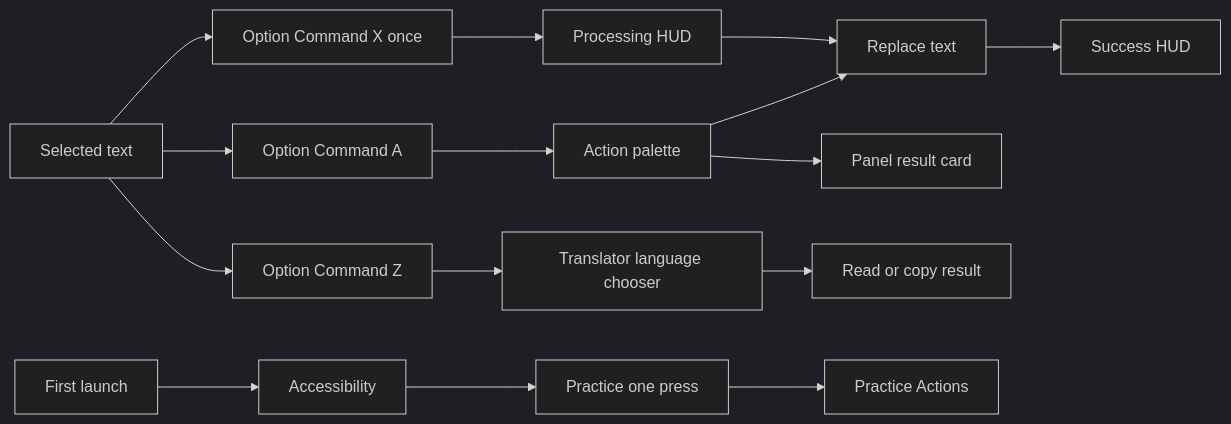
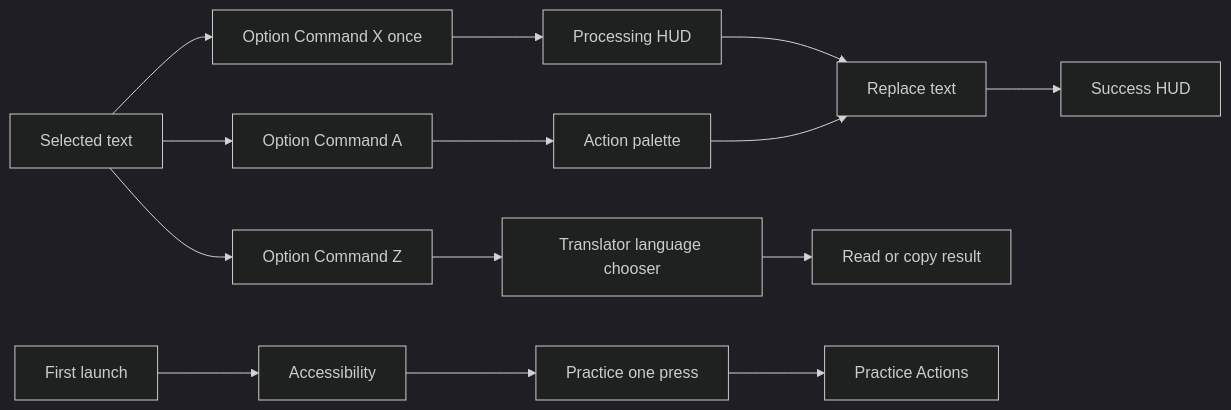
One commit to sudo-Lev/kiroshi-app changed the diagram in docs/QWIXIT_DESIGN_BLUEPRINT.md. Above: the diagram before and after it, drawn with Mermaid (dark theme). The commit also changed other lines of this file and 28 other files, not shown here.

````diff
--- a/docs/QWIXIT_DESIGN_BLUEPRINT.md
+++ b/docs/QWIXIT_DESIGN_BLUEPRINT.md
@@ -51,17 +51,16 @@
 ```mermaid
 flowchart LR
     S[Selected text] --> X1[Option Command X once]
     S --> A1[Option Command A]
     S --> Z[Option Command Z]
     X1 --> H[Processing HUD]
     H --> R[Replace text]
     R --> OK[Success HUD]
     A1 --> P[Action palette]
     P --> R
-    P --> RC[Panel result card]
     Z --> PK[Translator language chooser]
     PK --> PR[Read or copy result]
     A[First launch] --> OA[Accessibility]
     OA --> O1[Practice one press]
     O1 --> O2[Practice Actions]
 ```
````
